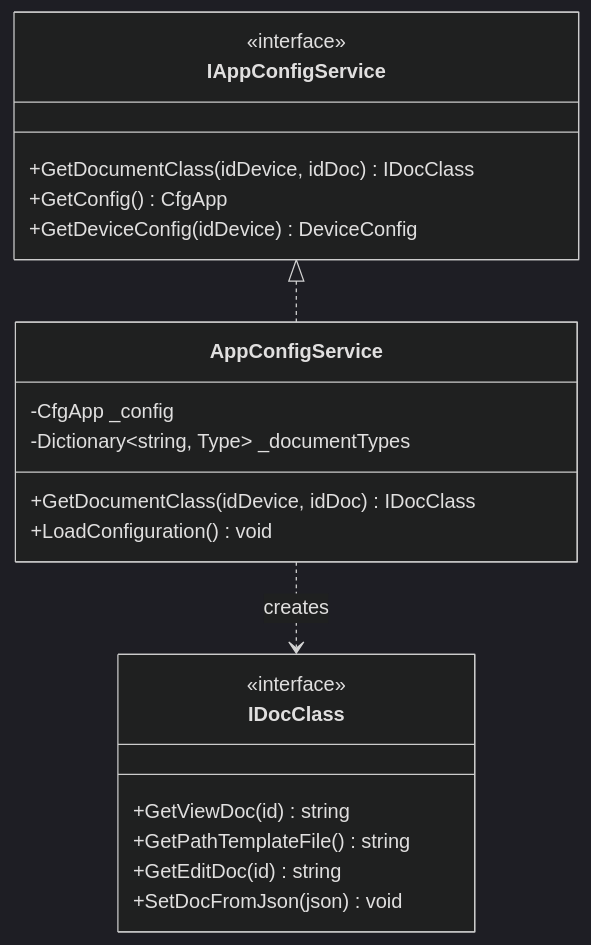
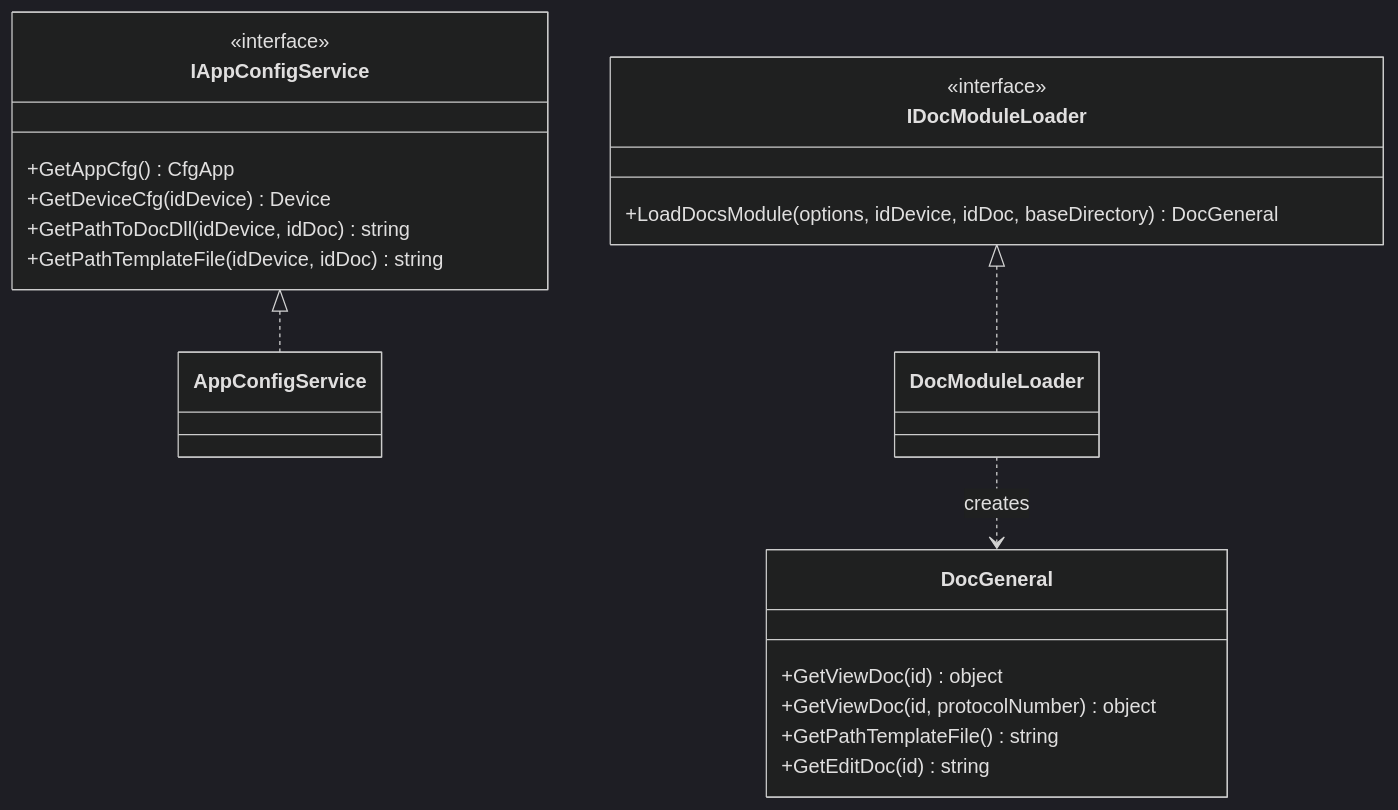
The third of 10 diagrams in docs/architecture/overview.md (tn-ivk/tn-doc), drawn with Mermaid (dark theme) before and after one commit. The commit also changed other lines of this file and 9 other files, not shown here.

````diff
--- a/docs/architecture/overview.md
+++ b/docs/architecture/overview.md
@@ -113,27 +116,29 @@
 ```mermaid
 classDiagram
     class IAppConfigService {
         <<interface>>
-        +GetDocumentClass(idDevice, idDoc) IDocClass
-        +GetConfig() CfgApp
-        +GetDeviceConfig(idDevice) DeviceConfig
+        +GetAppCfg() CfgApp
+        +GetDeviceCfg(idDevice) Device
+        +GetPathToDocDll(idDevice, idDoc) string
+        +GetPathTemplateFile(idDevice, idDoc) string
     }
 
-    class AppConfigService {
-        -CfgApp _config
-        -Dictionary~string, Type~ _documentTypes
-        +GetDocumentClass(idDevice, idDoc) IDocClass
-        +LoadConfiguration() void
+    class IDocModuleLoader {
+        <<interface>>
+        +LoadDocsModule(options, idDevice, idDoc, baseDirectory) DocGeneral
     }
 
-    class IDocClass {
-        <<interface>>
-        +GetViewDoc(id) string
+    class AppConfigService
+    class DocModuleLoader
+
+    class DocGeneral {
+        +GetViewDoc(id) object
+        +GetViewDoc(id, protocolNumber) object
         +GetPathTemplateFile() string
         +GetEditDoc(id) string
-        +SetDocFromJson(json) void
     }
 
     IAppConfigService <|.. AppConfigService
-    AppConfigService ..> IDocClass : creates
+    IDocModuleLoader <|.. DocModuleLoader
+    DocModuleLoader ..> DocGeneral : creates
 ```
````
